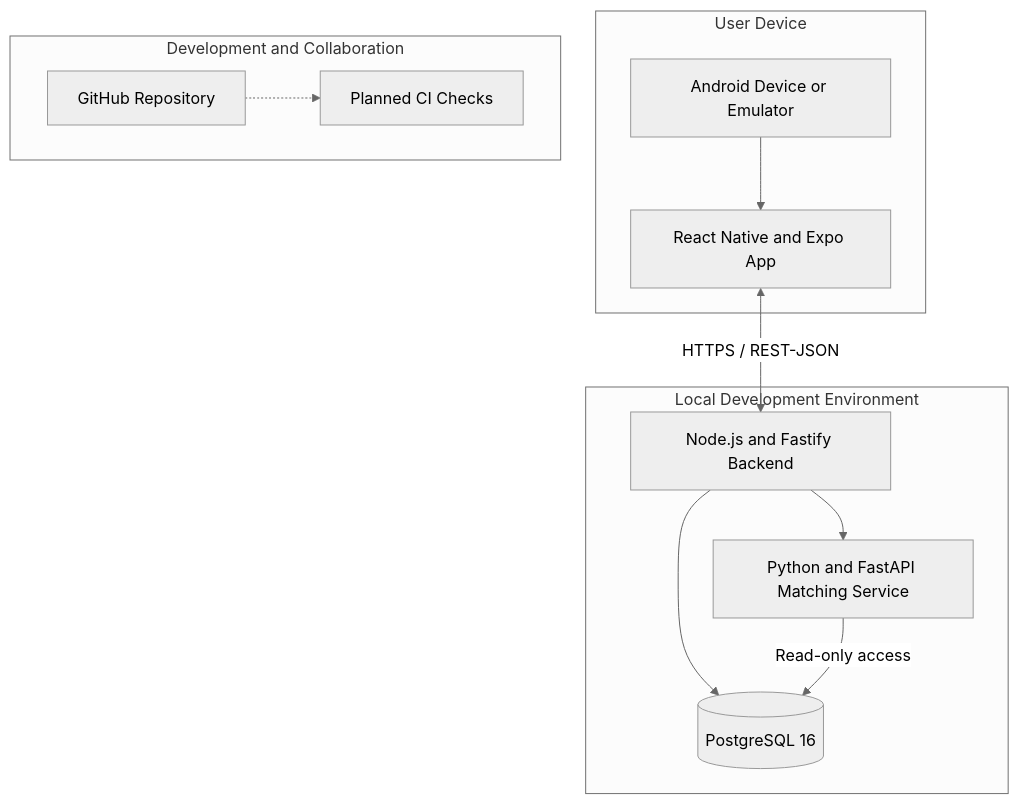
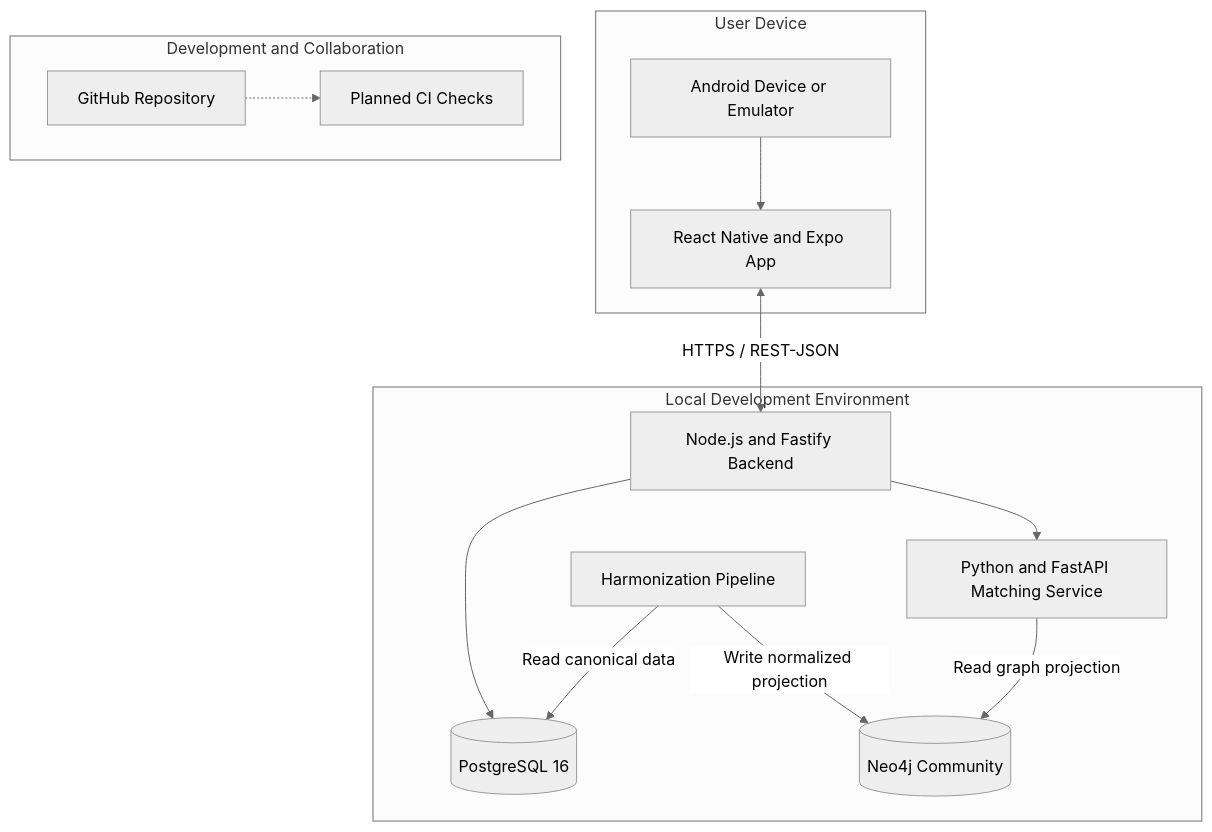
One commit to bhsei/26A changed the fourth of 4 diagrams in docs/design/Architecture_Design.md. Above: the diagram before and after it, drawn with Mermaid (neutral theme). The commit also changed other lines of this file, not shown here.

Commit message:
W4 - Architecture alignment; define PostgreSQL, Neo4j and matching boundaries

````diff
--- a/docs/design/Architecture_Design.md
+++ b/docs/design/Architecture_Design.md
@@ -402,25 +441,29 @@
 ```mermaid
 flowchart TB
     subgraph Client["User Device"]
         Android[Android Device or Emulator]
         App[React Native and Expo App]
         Android --> App
     end
 
     subgraph Local["Local Development Environment"]
         API[Node.js and Fastify Backend]
         Matching[Python and FastAPI Matching Service]
         DB[(PostgreSQL 16)]
+        Graph[(Neo4j Community)]
+        Pipeline[Harmonization Pipeline]
         API --> DB
         API --> Matching
-        Matching -->|Read-only access| DB
+        Matching -->|Read graph projection| Graph
+        Pipeline -->|Read canonical data| DB
+        Pipeline -->|Write normalized projection| Graph
     end
 
     App <-->|HTTPS / REST-JSON| API
 
     subgraph Collaboration["Development and Collaboration"]
         GitHub[GitHub Repository]
         CI[Planned CI Checks]
         GitHub -.-> CI
     end
 ```
````
